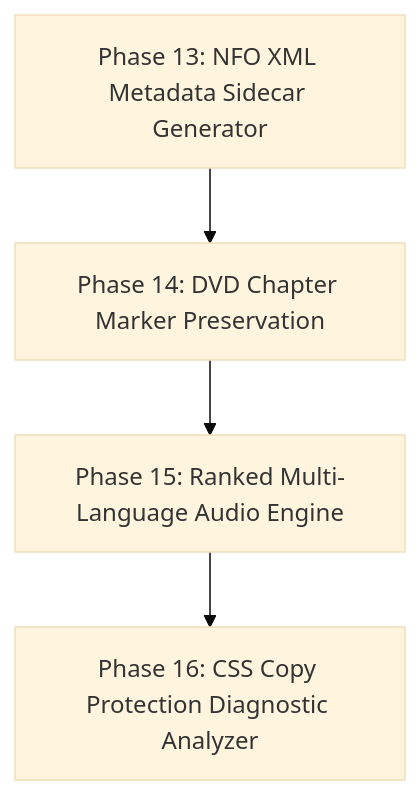
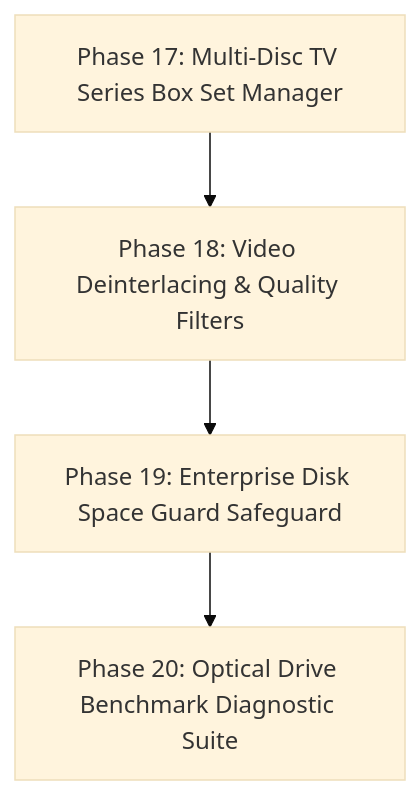
Before and after one commit to clockworkengineer/dvd-ripper: the diagram in refactor_plan.md, drawn with Mermaid (base theme). The commit also changed other lines of this file and 4 other files, not shown here.

````diff
--- a/refactor_plan.md
+++ b/refactor_plan.md
@@ -45,6 +49,6 @@
 ```mermaid
 graph TD
-    A["Phase 13: NFO XML Metadata Sidecar Generator"] --> B["Phase 14: DVD Chapter Marker Preservation"]
-    B --> C["Phase 15: Ranked Multi-Language Audio Engine"]
-    C --> D["Phase 16: CSS Copy Protection Diagnostic Analyzer"]
+    A["Phase 17: Multi-Disc TV Series Box Set Manager"] --> B["Phase 18: Video Deinterlacing & Quality Filters"]
+    B --> C["Phase 19: Enterprise Disk Space Guard Safeguard"]
+    C --> D["Phase 20: Optical Drive Benchmark Diagnostic Suite"]
 ```
````
